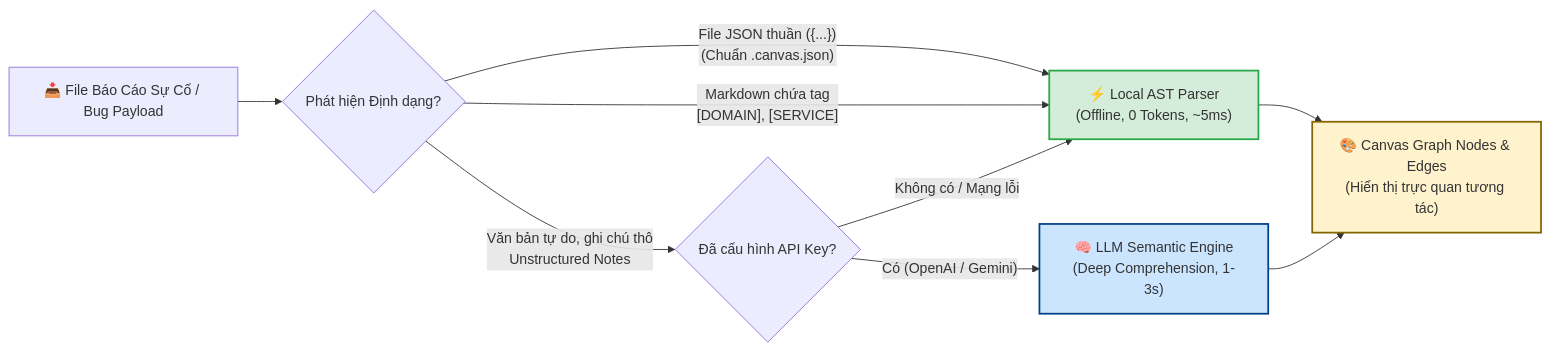
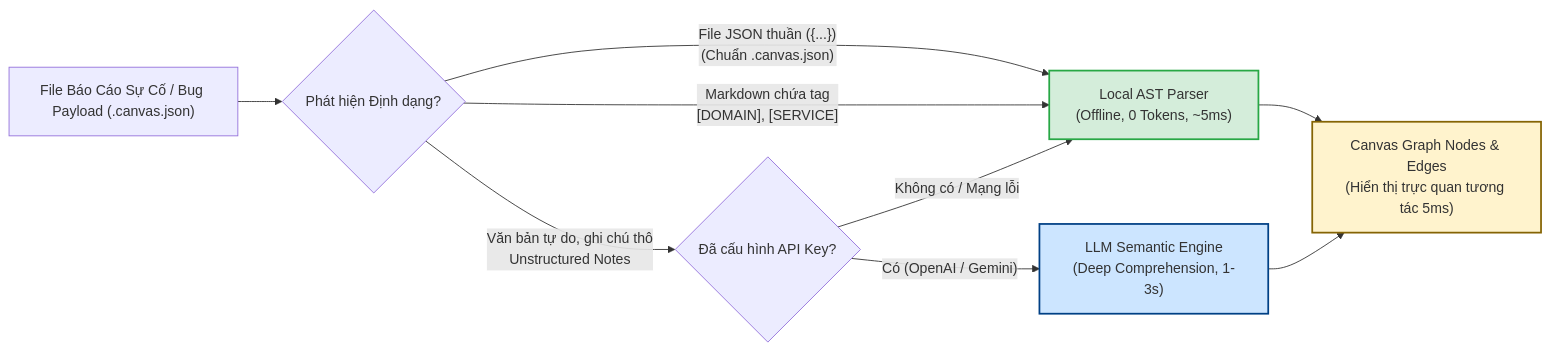
Before and after one commit to justpassingByte/agentic-test-ops: the ninth of 9 diagrams in README.md, drawn with Mermaid. The commit also changed other lines of this file, not shown here.

Commit message:
docs: enrich Section 6 with intuitive Mermaid topologies and TestOps canvas diagrams

````diff
--- a/README.md
+++ b/README.md
@@ -507,18 +603,18 @@
 ```mermaid
 flowchart LR
-    IN["📥 File Báo Cáo Sự Cố / Bug Payload"] --> DEC{"Phát hiện Định dạng?"}
+    IN["File Báo Cáo Sự Cố / Bug Payload (.canvas.json)"] --> DEC{"Phát hiện Định dạng?"}
     
-    DEC -->|"File JSON thuần ({...})\n(Chuẩn .canvas.json)"| AST["⚡ Local AST Parser\n(Offline, 0 Tokens, ~5ms)"]
+    DEC -->|"File JSON thuần ({...})\n(Chuẩn .canvas.json)"| AST["Local AST Parser\n(Offline, 0 Tokens, ~5ms)"]
     DEC -->|"Markdown chứa tag\n[DOMAIN], [SERVICE]"| AST
     DEC -->|"Văn bản tự do, ghi chú thô\nUnstructured Notes"| CHECK{"Đã cấu hình API Key?"}
     
-    CHECK -->|"Có (OpenAI / Gemini)"| LLM["🧠 LLM Semantic Engine\n(Deep Comprehension, 1-3s)"]
+    CHECK -->|"Có (OpenAI / Gemini)"| LLM["LLM Semantic Engine\n(Deep Comprehension, 1-3s)"]
     CHECK -->|"Không có / Mạng lỗi"| AST
     
-    AST --> CANVAS["🎨 Canvas Graph Nodes & Edges\n(Hiển thị trực quan tương tác)"]
+    AST --> CANVAS["Canvas Graph Nodes & Edges\n(Hiển thị trực quan tương tác 5ms)"]
     LLM --> CANVAS
 
     style AST fill:#d4edda,stroke:#28a745,stroke-width:2px
     style LLM fill:#cce5ff,stroke:#004085,stroke-width:2px
     style CANVAS fill:#fff3cd,stroke:#856404,stroke-width:2px
 ```
````
